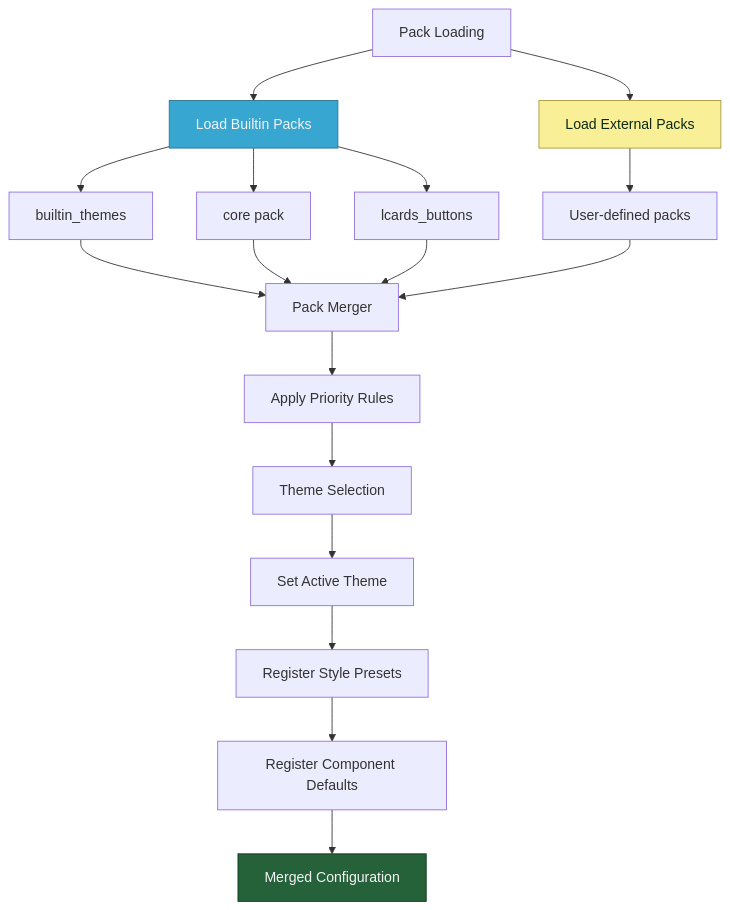
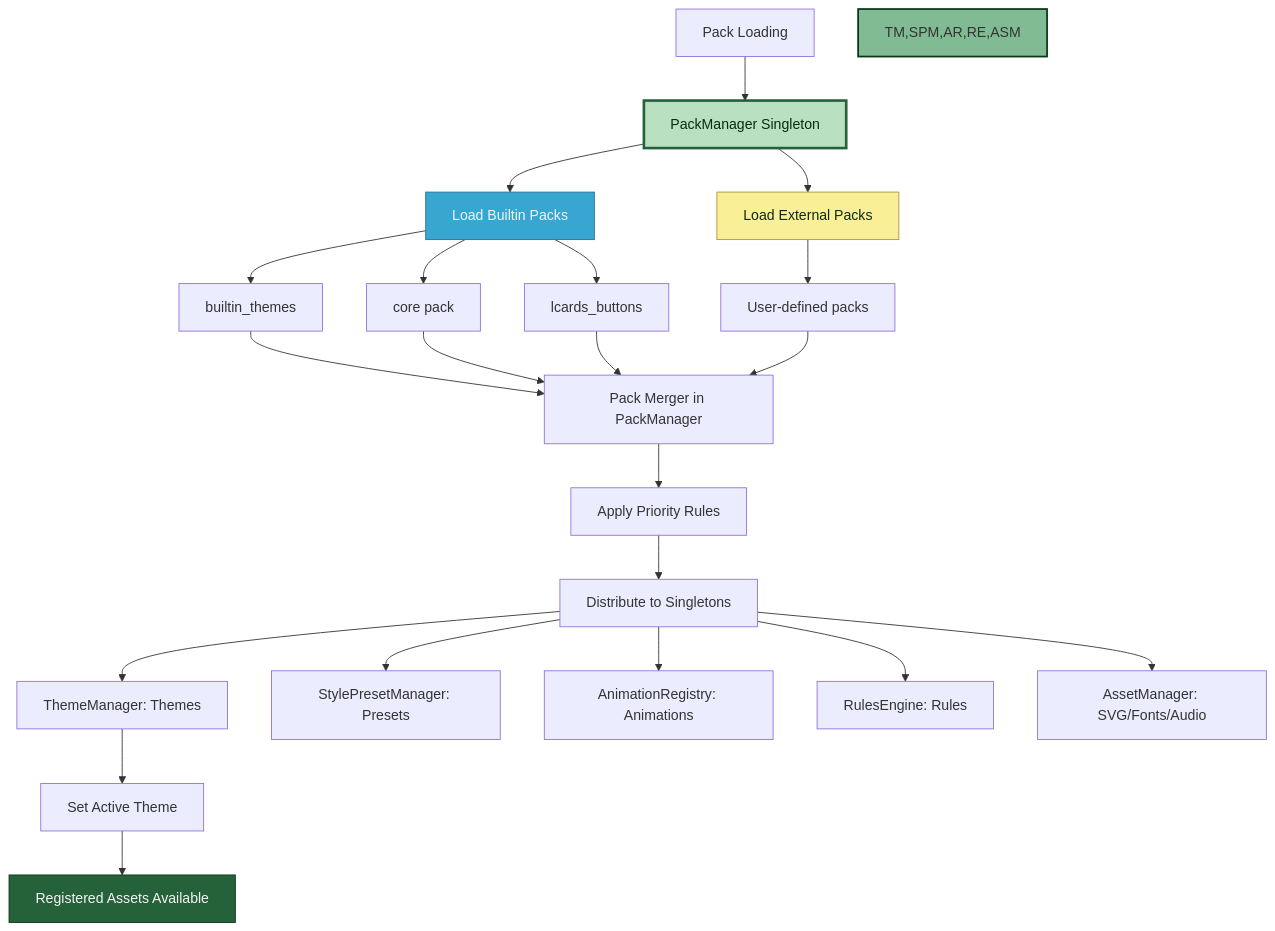
One commit to snootched/lcards changed the fifth of 8 diagrams in doc/architecture/diagrams/msd-flow-part-1.md. Above: the diagram before and after it, drawn with Mermaid. The commit also changed other lines of this file and 1 other file, not shown here.

Commit message:
docs: Update MSD flow part 1 with AssetManager, PackManager, and anchor processing

````diff
--- a/doc/architecture/diagrams/msd-flow-part-1.md
+++ b/doc/architecture/diagrams/msd-flow-part-1.md
@@ -363,28 +398,35 @@
 ```mermaid
 graph TD
-    Start[Pack Loading] --> Builtin[Load Builtin Packs]
-
+    Start[Pack Loading] --> PM[PackManager Singleton]
+    
+    PM --> Builtin[Load Builtin Packs]
     Builtin --> Themes[builtin_themes]
     Builtin --> Core[core pack]
     Builtin --> Buttons[lcards_buttons]
-
-    Start --> External[Load External Packs]
+    
+    PM --> External[Load External Packs]
     External --> User[User-defined packs]
-
-    Themes --> Merge[Pack Merger]
+    
+    Themes --> Merge[Pack Merger in PackManager]
     Core --> Merge
     Buttons --> Merge
     User --> Merge
-
+    
     Merge --> Priority[Apply Priority Rules]
-    Priority --> Themes2[Theme Selection]
-    Themes2 --> Active[Set Active Theme]
-
-    Active --> Presets[Register Style Presets]
-    Presets --> Components[Register Component Defaults]
-    Components --> Output[Merged Configuration]
-
+    Priority --> Distribute[Distribute to Singletons]
+    
+    Distribute --> TM[ThemeManager: Themes]
+    Distribute --> SPM[StylePresetManager: Presets]
+    Distribute --> AR[AnimationRegistry: Animations]
+    Distribute --> RE[RulesEngine: Rules]
+    Distribute --> ASM[AssetManager: SVG/Fonts/Audio]
+    
+    TM --> Active[Set Active Theme]
+    Active --> Output[Registered Assets Available]
+    
+    style PM fill:#b8e0c1,stroke:#266239,stroke-width:3px,color:#0c2a15
     style Builtin fill:#37a6d1,stroke:#2a7193,color:#f3f4f7
     style External fill:#f9ef97,stroke:#ac943b,color:#0c2a15
     style Output fill:#266239,stroke:#083717,color:#f3f4f7
+    style TM,SPM,AR,RE,ASM fill:#80bb93,stroke:#083717,stroke-width:2px
 ```
````
